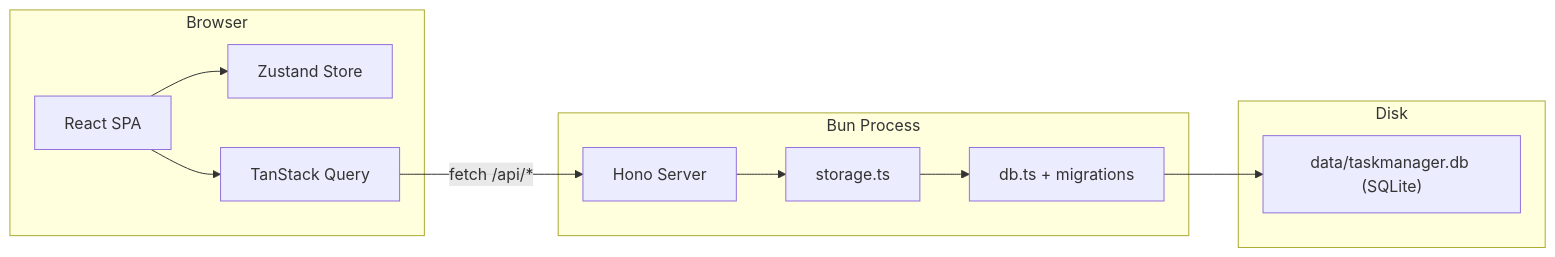
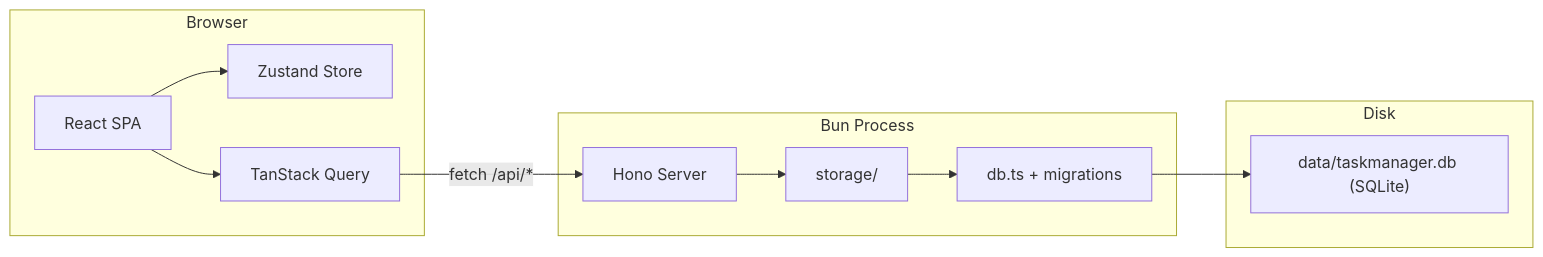
Before and after one commit to hiro-league/hirotaskmanager: the diagram in docs/arch_design_guidelines.md, drawn with Mermaid. The commit also changed other lines of this file and 27 other files, not shown here.

````diff
--- a/docs/arch_design_guidelines.md
+++ b/docs/arch_design_guidelines.md
@@ -58,25 +58,25 @@
 ```mermaid
 graph LR
   subgraph browser [Browser]
     SPA["React SPA"]
     Zustand["Zustand Store"]
     TQ["TanStack Query"]
     SPA --> Zustand
     SPA --> TQ
   end
 
   subgraph server [Bun Process]
     Hono["Hono Server"]
-    Storage["storage.ts"]
+    Storage["storage/"]
     DBLayer["db.ts + migrations"]
     Hono --> Storage
     Storage --> DBLayer
   end
 
   subgraph disk [Disk]
     DB["data/taskmanager.db (SQLite)"]
   end
 
   TQ -->|"fetch /api/*"| Hono
   DBLayer --> DB
 ```
````
